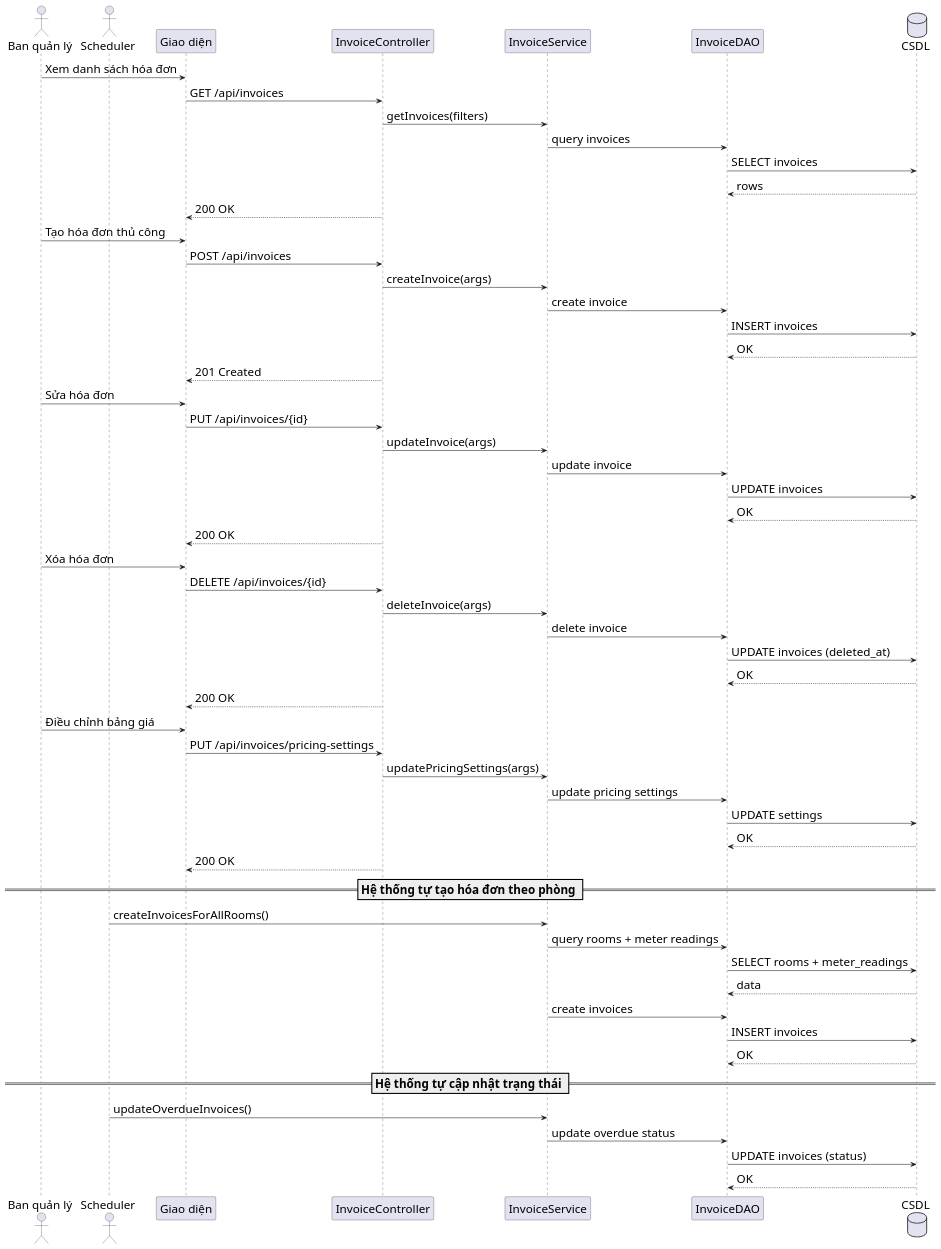
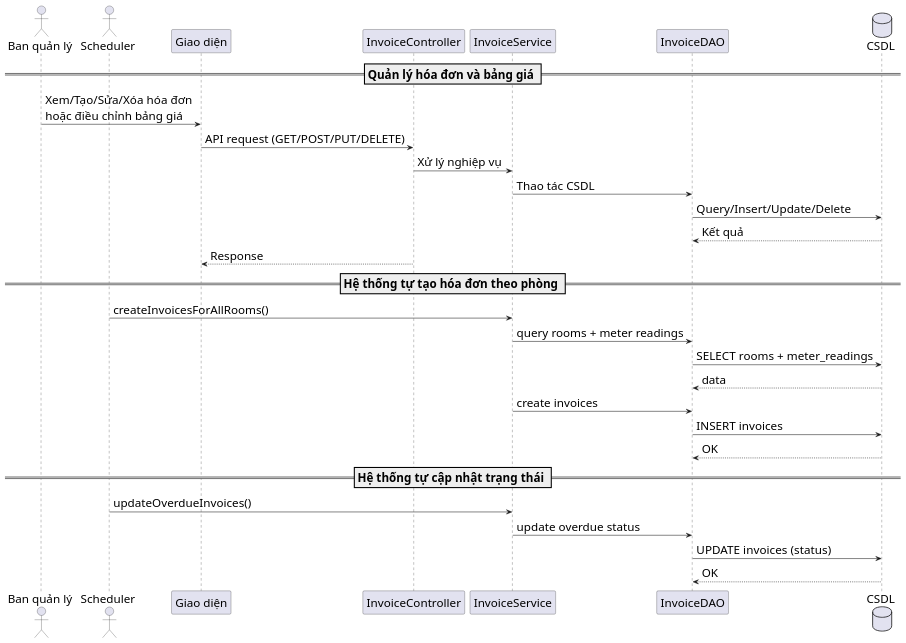
Before and after one commit to s0nbuildtech287/dormitory-frontend: the diagram in diagrams/nhomhoadonthanhtoan/invoice_create_sequence.puml, drawn with PlantUML.

```diff
--- a/diagrams/nhomhoadonthanhtoan/invoice_create_sequence.puml
+++ b/diagrams/nhomhoadonthanhtoan/invoice_create_sequence.puml
@@ -1,67 +1,36 @@
 @startuml "Invoice Management Sequence"
 skinparam defaultFontSize 22
 skinparam defaultFontName "Times New Roman"
 skinparam sequenceMessageSize 28
 actor "Ban quản lý" as Admin
 actor "Scheduler" as Cron
 participant "Giao diện" as FE
 participant "InvoiceController" as IC
 participant "InvoiceService" as IS
 participant "InvoiceDAO" as IDAO
 database "CSDL" as DB
 
-Admin -> FE: Xem danh sách hóa đơn
-FE -> IC: GET /api/invoices
-IC -> IS: getInvoices(filters)
-IS -> IDAO: query invoices
-IDAO -> DB: SELECT invoices
-DB --> IDAO: rows
-IC --> FE: 200 OK
-
-Admin -> FE: Tạo hóa đơn thủ công
-FE -> IC: POST /api/invoices
-IC -> IS: createInvoice(args)
-IS -> IDAO: create invoice
-IDAO -> DB: INSERT invoices
-DB --> IDAO: OK
-IC --> FE: 201 Created
-
-Admin -> FE: Sửa hóa đơn
-FE -> IC: PUT /api/invoices/{id}
-IC -> IS: updateInvoice(args)
-IS -> IDAO: update invoice
-IDAO -> DB: UPDATE invoices
-DB --> IDAO: OK
-IC --> FE: 200 OK
-
-Admin -> FE: Xóa hóa đơn
-FE -> IC: DELETE /api/invoices/{id}
-IC -> IS: deleteInvoice(args)
-IS -> IDAO: delete invoice
-IDAO -> DB: UPDATE invoices (deleted_at)
-DB --> IDAO: OK
-IC --> FE: 200 OK
-
-Admin -> FE: Điều chỉnh bảng giá
-FE -> IC: PUT /api/invoices/pricing-settings
-IC -> IS: updatePricingSettings(args)
-IS -> IDAO: update pricing settings
-IDAO -> DB: UPDATE settings
-DB --> IDAO: OK
-IC --> FE: 200 OK
+== Quản lý hóa đơn và bảng giá ==
+Admin -> FE: Xem/Tạo/Sửa/Xóa hóa đơn\nhoặc điều chỉnh bảng giá
+FE -> IC: API request (GET/POST/PUT/DELETE)
+IC -> IS: Xử lý nghiệp vụ
+IS -> IDAO: Thao tác CSDL
+IDAO -> DB: Query/Insert/Update/Delete
+DB --> IDAO: Kết quả
+IC --> FE: Response
 
 == Hệ thống tự tạo hóa đơn theo phòng ==
 Cron -> IS: createInvoicesForAllRooms()
 IS -> IDAO: query rooms + meter readings
 IDAO -> DB: SELECT rooms + meter_readings
 DB --> IDAO: data
 IS -> IDAO: create invoices
 IDAO -> DB: INSERT invoices
 DB --> IDAO: OK
 
 == Hệ thống tự cập nhật trạng thái ==
 Cron -> IS: updateOverdueInvoices()
 IS -> IDAO: update overdue status
 IDAO -> DB: UPDATE invoices (status)
 DB --> IDAO: OK
 @enduml
```
